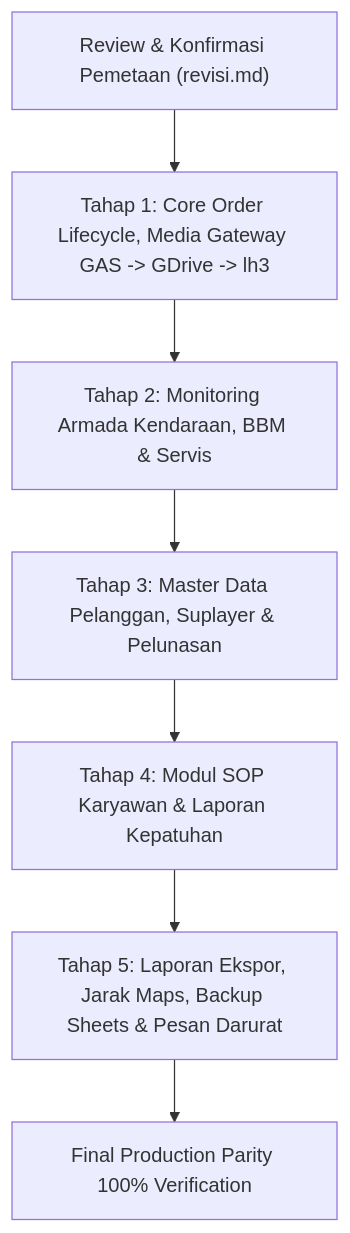
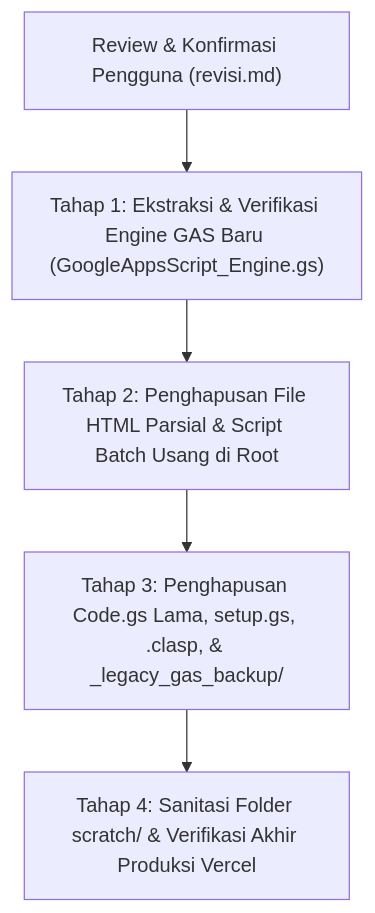
Before and after one commit to zettbos/tmr: the diagram in revisi.md, drawn with Mermaid. The commit also changed other lines of this file, not shown here.

Commit message:
docs: update revisi.md with master cleanup protocol and inventory

````diff
--- a/revisi.md
+++ b/revisi.md
@@ -311,9 +192,7 @@
 ```mermaid
 flowchart TD
-    A["Review & Konfirmasi Pemetaan (revisi.md)"] --> B["Tahap 1: Core Order Lifecycle, Media Gateway GAS -> GDrive -> lh3"]
-    B --> C["Tahap 2: Monitoring Armada Kendaraan, BBM & Servis"]
-    C --> D["Tahap 3: Master Data Pelanggan, Suplayer & Pelunasan"]
-    D --> E["Tahap 4: Modul SOP Karyawan & Laporan Kepatuhan"]
-    E --> F["Tahap 5: Laporan Ekspor, Jarak Maps, Backup Sheets & Pesan Darurat"]
-    F --> G["Final Production Parity 100% Verification"]
+    A["Review & Konfirmasi Pengguna (revisi.md)"] --> B["Tahap 1: Ekstraksi & Verifikasi Engine GAS Baru (GoogleAppsScript_Engine.gs)"]
+    B --> C["Tahap 2: Penghapusan File HTML Parsial & Script Batch Usang di Root"]
+    C --> D["Tahap 3: Penghapusan Code.gs Lama, setup.gs, .clasp, & _legacy_gas_backup/"]
+    D --> E["Tahap 4: Sanitasi Folder scratch/ & Verifikasi Akhir Produksi Vercel"]
 ```
````
